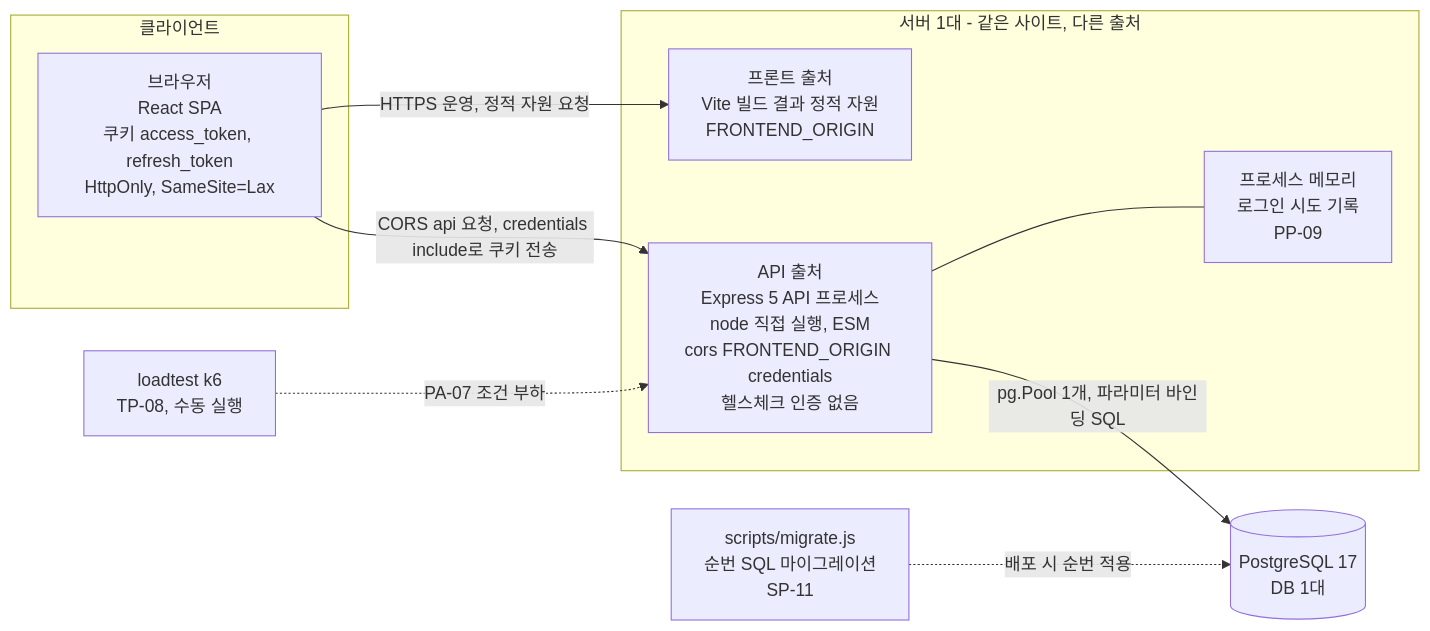
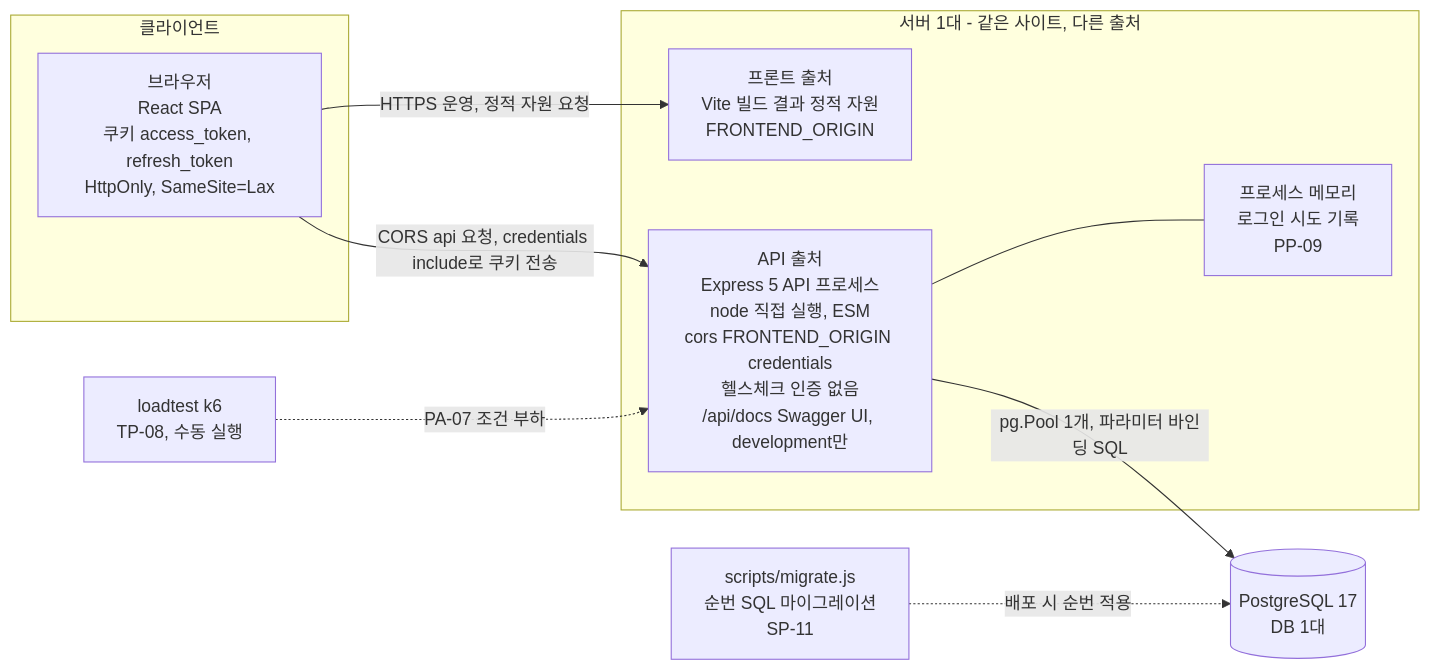
The first of 14 diagrams in docs/6-arch-diagram.md (wjdxo513/todolist-app), drawn with Mermaid before and after one commit. The commit also changed other lines of this file and 10 other files, not shown here.

````diff
--- a/docs/6-arch-diagram.md
+++ b/docs/6-arch-diagram.md
@@ -67,23 +80,23 @@
 ```mermaid
 flowchart LR
     subgraph CLIENT["클라이언트"]
         B["브라우저<br/>React SPA<br/>쿠키 access_token, refresh_token<br/>HttpOnly, SameSite=Lax"]
     end
 
     subgraph SERVER["서버 1대 - 같은 사이트, 다른 출처"]
         STATIC["프론트 출처<br/>Vite 빌드 결과 정적 자원<br/>FRONTEND_ORIGIN"]
-        API["API 출처<br/>Express 5 API 프로세스<br/>node 직접 실행, ESM<br/>cors FRONTEND_ORIGIN credentials<br/>헬스체크 인증 없음"]
+        API["API 출처<br/>Express 5 API 프로세스<br/>node 직접 실행, ESM<br/>cors FRONTEND_ORIGIN credentials<br/>헬스체크 인증 없음<br/>/api/docs Swagger UI, development만"]
         MEM["프로세스 메모리<br/>로그인 시도 기록<br/>PP-09"]
         API --- MEM
     end
 
     DB[("PostgreSQL 17<br/>DB 1대")]
     MIG["scripts/migrate.js<br/>순번 SQL 마이그레이션<br/>SP-11"]
     K6["loadtest k6<br/>TP-08, 수동 실행"]
 
     B -->|"HTTPS 운영, 정적 자원 요청"| STATIC
     B -->|"CORS api 요청, credentials include로 쿠키 전송"| API
     API -->|"pg.Pool 1개, 파라미터 바인딩 SQL"| DB
     MIG -.->|"배포 시 순번 적용"| DB
     K6 -.->|"PA-07 조건 부하"| API
 ```
````
